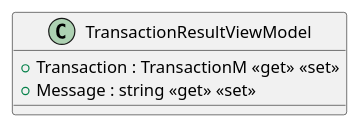
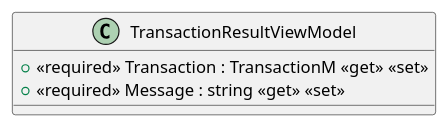
One commit to Poluux/ArchitectureProject changed the diagram in generatedPuml/MVC_ArchitectureProject/Models/TransactionResultViewModel.puml. Above: the diagram before and after it, drawn with PlantUML. The commit also changed 32 other files, not shown here.

```diff
--- a/generatedPuml/MVC_ArchitectureProject/Models/TransactionResultViewModel.puml
+++ b/generatedPuml/MVC_ArchitectureProject/Models/TransactionResultViewModel.puml
@@ -1,6 +1,6 @@
 @startuml
 class TransactionResultViewModel {
-    + Transaction : TransactionM <<get>> <<set>>
-    + Message : string <<get>> <<set>>
+    + <<required>> Transaction : TransactionM <<get>> <<set>>
+    + <<required>> Message : string <<get>> <<set>>
 }
 @enduml
```
